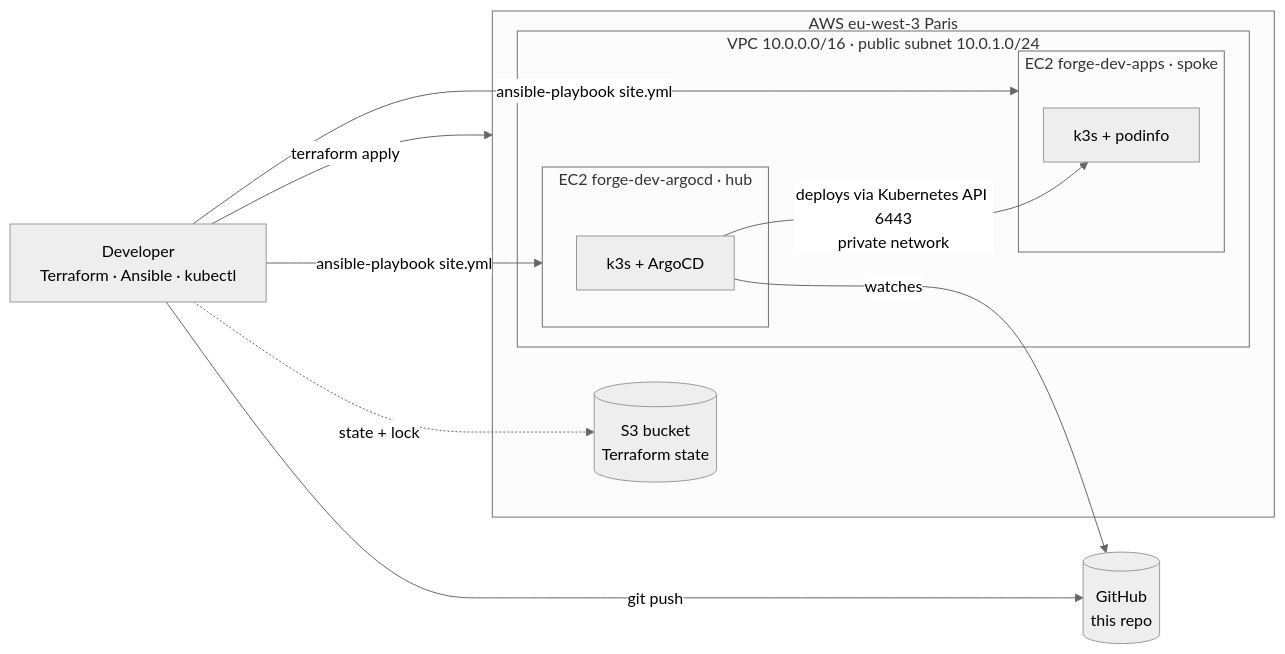
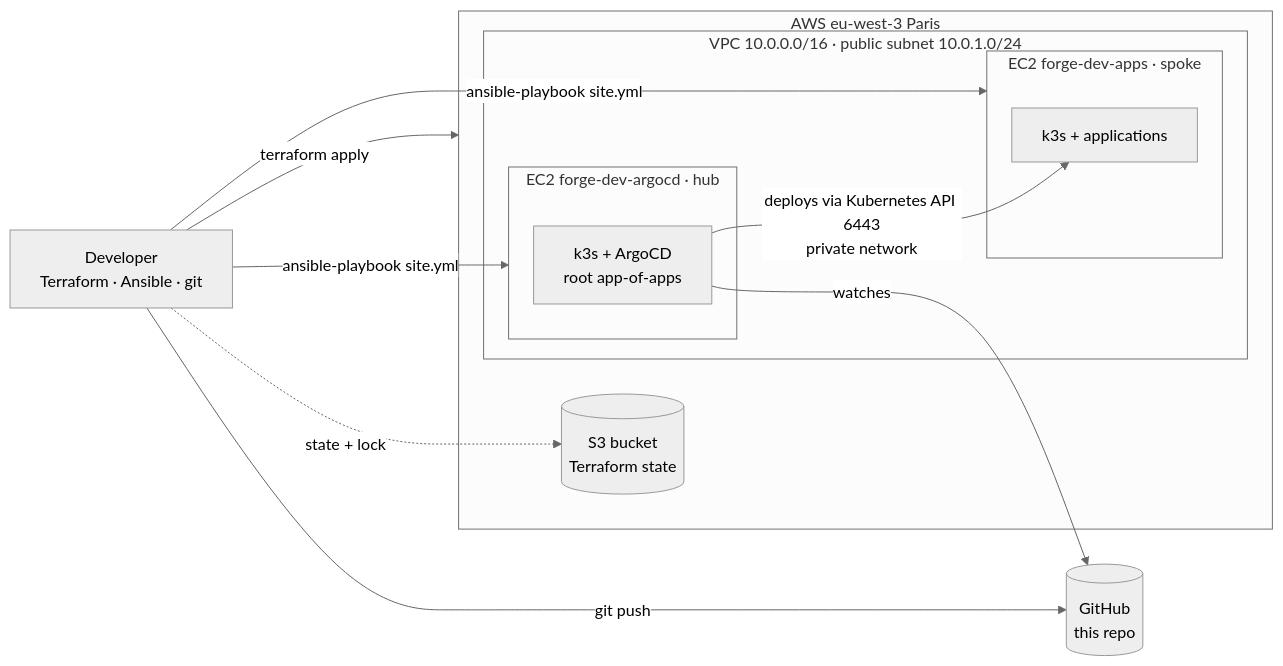
One commit to Devil6sidekick/Forge changed the diagram in README.md. Above: the diagram before and after it, drawn with Mermaid (neutral theme). The commit also changed other lines of this file, not shown here.

Commit message:
docs(readme): app-of-apps, design decisions moved into readme

````diff
--- a/README.md
+++ b/README.md
@@ -13,25 +15,25 @@
 ```mermaid
 flowchart LR
     gh[(GitHub<br/>this repo)]
-    dev[Developer<br/>Terraform · Ansible · kubectl]
+    dev[Developer<br/>Terraform · Ansible · git]
 
     subgraph aws[AWS eu-west-3 Paris]
         s3[(S3 bucket<br/>Terraform state)]
         subgraph vpc[VPC 10.0.0.0/16 · public subnet 10.0.1.0/24]
             subgraph hub[EC2 forge-dev-argocd · hub]
-                argocd[k3s + ArgoCD]
+                argocd[k3s + ArgoCD<br/>root app-of-apps]
             end
             subgraph spoke[EC2 forge-dev-apps · spoke]
-                app[k3s + podinfo]
+                app[k3s + applications]
             end
         end
     end
 
     dev -->|terraform apply| aws
     dev -.->|state + lock| s3
     dev -->|ansible-playbook site.yml| hub
     dev -->|ansible-playbook site.yml| spoke
     dev -->|git push| gh
     argocd -->|watches| gh
     argocd -->|deploys via Kubernetes API 6443<br/>private network| app
 ```
````
